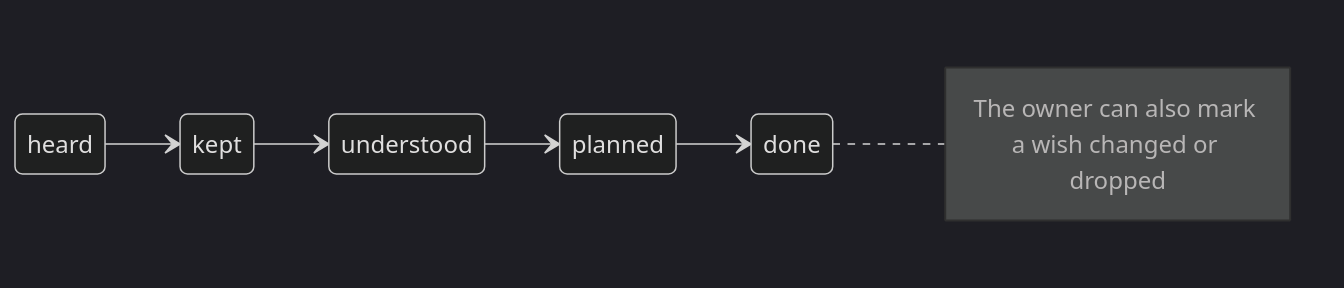
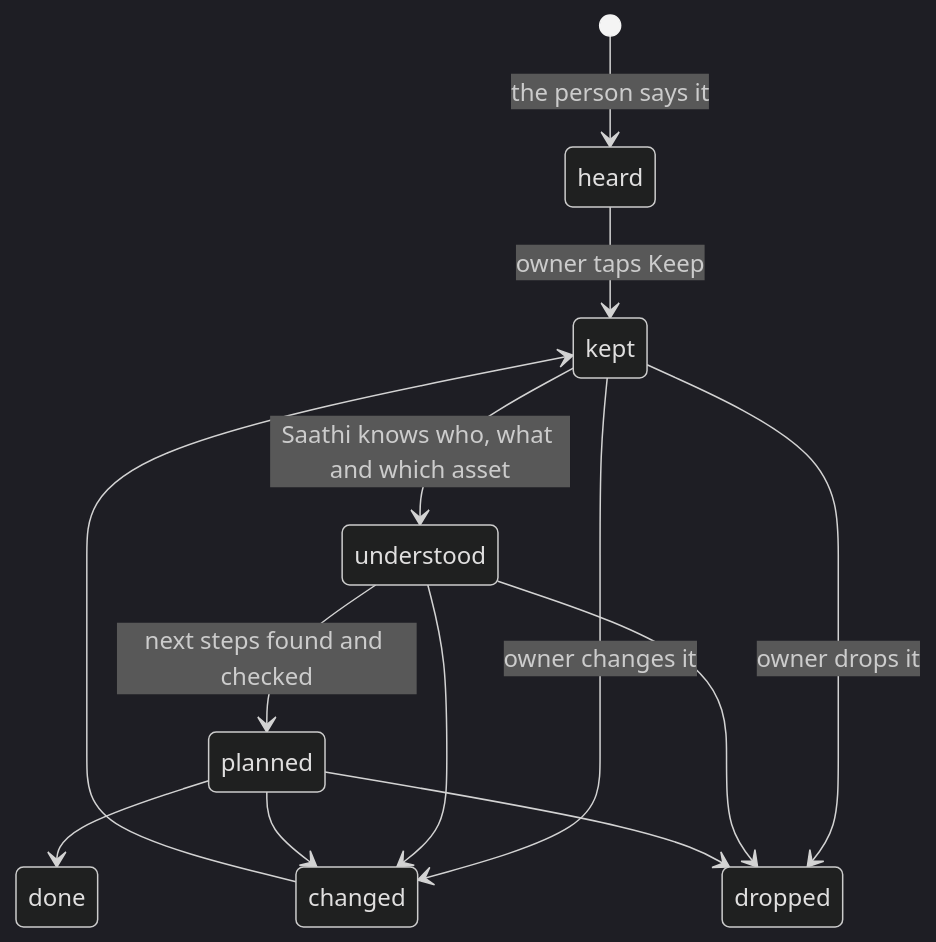
One commit to sachiachar/anvaya changed the second of 3 diagrams in docs/proposals/listening.md. Above: the diagram before and after it, drawn with Mermaid (dark theme). The commit also changed other lines of this file, not shown here.

First line of the commit message:
Bring the listening proposal up to date with what is built (PR-13)

````diff
--- a/docs/proposals/listening.md
+++ b/docs/proposals/listening.md
@@ -70,9 +75,15 @@
 ```mermaid
 stateDiagram-v2
-    direction LR
-    heard --> kept
-    kept --> understood
-    understood --> planned
-    planned --> done
-    note right of done : The owner can also mark a wish changed or dropped
+  [*] --> heard: the person says it
+  heard --> kept: owner taps Keep
+  kept --> understood: Saathi knows who, what and which asset
+  understood --> planned: next steps found and checked
+  planned --> done
+  kept --> changed: owner changes it
+  understood --> changed
+  planned --> changed
+  kept --> dropped: owner drops it
+  understood --> dropped
+  planned --> dropped
+  changed --> kept
 ```
````
